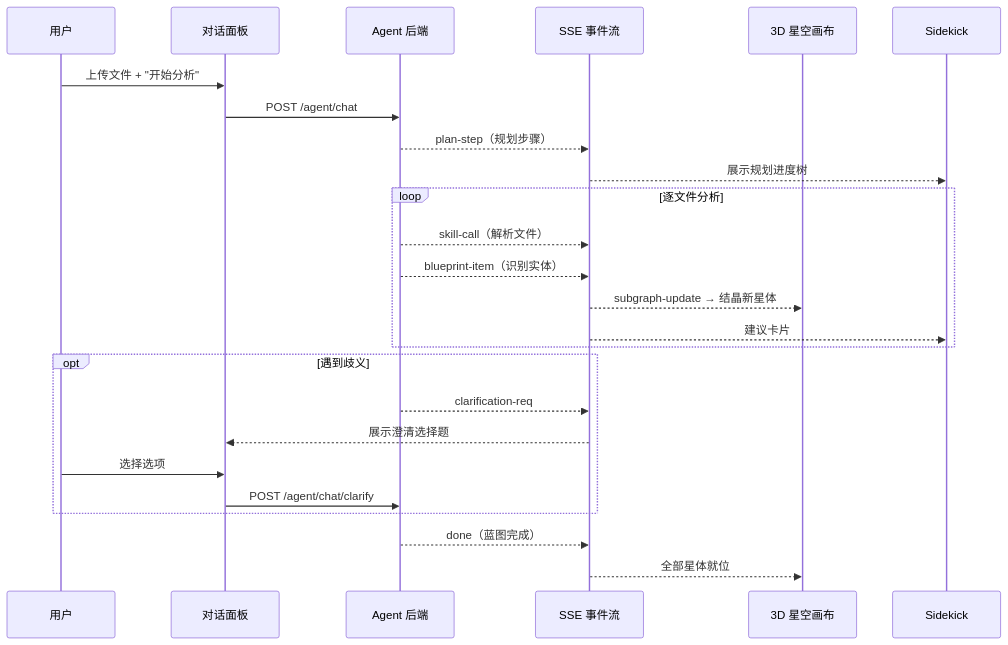
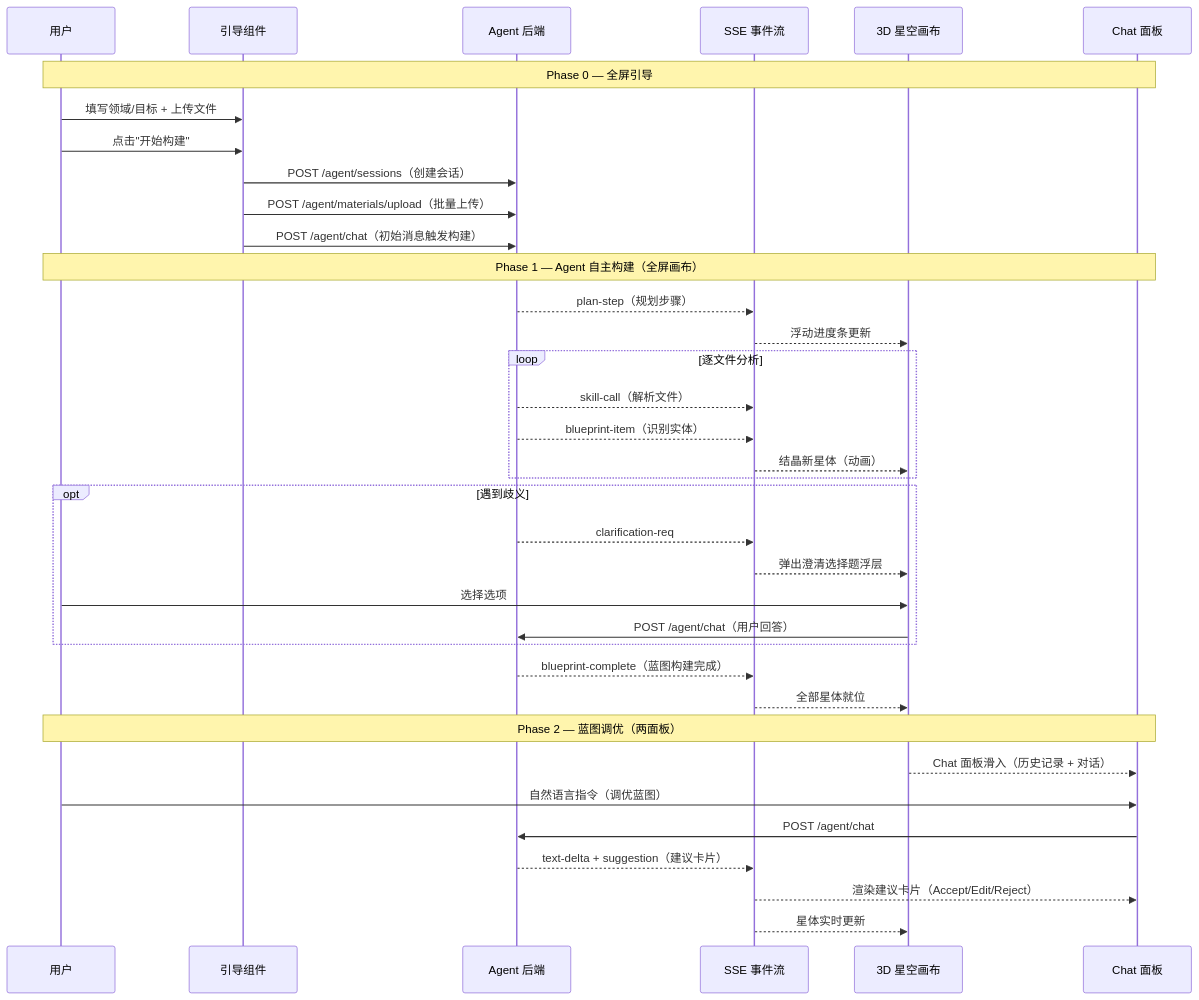
The second of 3 diagrams in docs/prd/0.2.0/AI 辅助本体构建 PRD.md (jieyuhuayang/open-ontology), drawn with Mermaid before and after one commit.

Commit message:
chore: auto-save AI 辅助本体构建 PRD.md (02:35:40)

````diff
--- a/docs/prd/0.2.0/AI 辅助本体构建 PRD.md
+++ b/docs/prd/0.2.0/AI 辅助本体构建 PRD.md
@@ -907,31 +907,44 @@
 ```mermaid
 sequenceDiagram
     participant U as 用户
-    participant Chat as 对话面板
+    participant Guide as 引导组件
     participant Agent as Agent 后端
     participant SSE as SSE 事件流
     participant Canvas as 3D 星空画布
-    participant Side as Sidekick
+    participant Chat as Chat 面板
 
-    U->>Chat: 上传文件 + "开始分析"
-    Chat->>Agent: POST /agent/chat
+    Note over U,Chat: Phase 0 — 全屏引导
+    U->>Guide: 填写领域/目标 + 上传文件
+    U->>Guide: 点击"开始构建"
+    Guide->>Agent: POST /agent/sessions（创建会话）
+    Guide->>Agent: POST /agent/materials/upload（批量上传）
+    Guide->>Agent: POST /agent/chat（初始消息触发构建）
+
+    Note over U,Chat: Phase 1 — Agent 自主构建（全屏画布）
     Agent-->>SSE: plan-step（规划步骤）
-    SSE-->>Side: 展示规划进度树
+    SSE-->>Canvas: 浮动进度条更新
 
     loop 逐文件分析
         Agent-->>SSE: skill-call（解析文件）
         Agent-->>SSE: blueprint-item（识别实体）
-        SSE-->>Canvas: subgraph-update → 结晶新星体
-        SSE-->>Side: 建议卡片
+        SSE-->>Canvas: 结晶新星体（动画）
     end
 
     opt 遇到歧义
         Agent-->>SSE: clarification-req
-        SSE-->>Chat: 展示澄清选择题
-        U->>Chat: 选择选项
-        Chat->>Agent: POST /agent/chat/clarify
+        SSE-->>Canvas: 弹出澄清选择题浮层
+        U->>Canvas: 选择选项
+        Canvas->>Agent: POST /agent/chat（用户回答）
     end
 
-    Agent-->>SSE: done（蓝图完成）
+    Agent-->>SSE: blueprint-complete（蓝图构建完成）
     SSE-->>Canvas: 全部星体就位
+
+    Note over U,Chat: Phase 2 — 蓝图调优（两面板）
+    Canvas-->>Chat: Chat 面板滑入（历史记录 + 对话）
+    U->>Chat: 自然语言指令（调优蓝图）
+    Chat->>Agent: POST /agent/chat
+    Agent-->>SSE: text-delta + suggestion（建议卡片）
+    SSE-->>Chat: 渲染建议卡片（Accept/Edit/Reject）
+    SSE-->>Canvas: 星体实时更新
 ```
````
